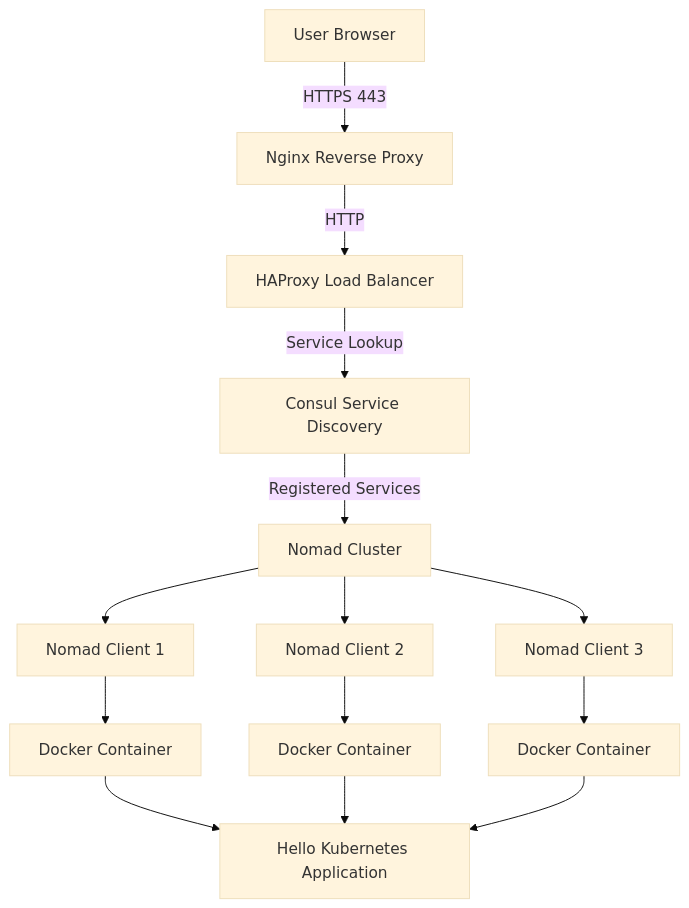
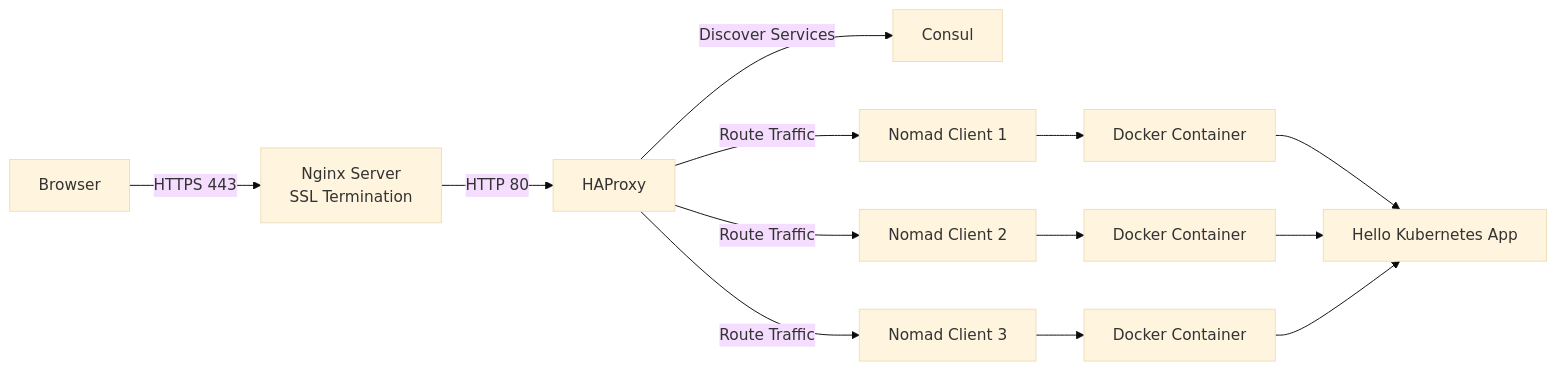
Before and after one commit to AnithaAnnem/Apple-client: the diagram in fulldoc.md, drawn with Mermaid (base theme). The commit also changed other lines of this file, not shown here.

````diff
--- a/fulldoc.md
+++ b/fulldoc.md
@@ -13,23 +12,23 @@
 ```mermaid
-flowchart TD
+flowchart LR
 
-    User[User Browser] -->|HTTPS 443| Nginx[Nginx Reverse Proxy]
+    Browser[Browser]
 
-    Nginx -->|HTTP| HAProxy[HAProxy Load Balancer]
+    Browser -->|HTTPS 443| Nginx[Nginx Server<br/>SSL Termination]
 
-    HAProxy -->|Service Lookup| Consul[Consul Service Discovery]
+    Nginx -->|HTTP 80| HAProxy[HAProxy]
 
-    Consul -->|Registered Services| Nomad[Nomad Cluster]
+    HAProxy -->|Discover Services| Consul[Consul]
 
-    Nomad --> Node1[Nomad Client 1]
-    Nomad --> Node2[Nomad Client 2]
-    Nomad --> Node3[Nomad Client 3]
+    HAProxy -->|Route Traffic| Nomad1[Nomad Client 1]
+    HAProxy -->|Route Traffic| Nomad2[Nomad Client 2]
+    HAProxy -->|Route Traffic| Nomad3[Nomad Client 3]
 
-    Node1 --> Docker1[Docker Container]
-    Node2 --> Docker2[Docker Container]
-    Node3 --> Docker3[Docker Container]
+    Nomad1 --> Docker1[Docker Container]
+    Nomad2 --> Docker2[Docker Container]
+    Nomad3 --> Docker3[Docker Container]
 
-    Docker1 --> App[Hello Kubernetes Application]
+    Docker1 --> App[Hello Kubernetes App]
     Docker2 --> App
     Docker3 --> App
 ```
````
